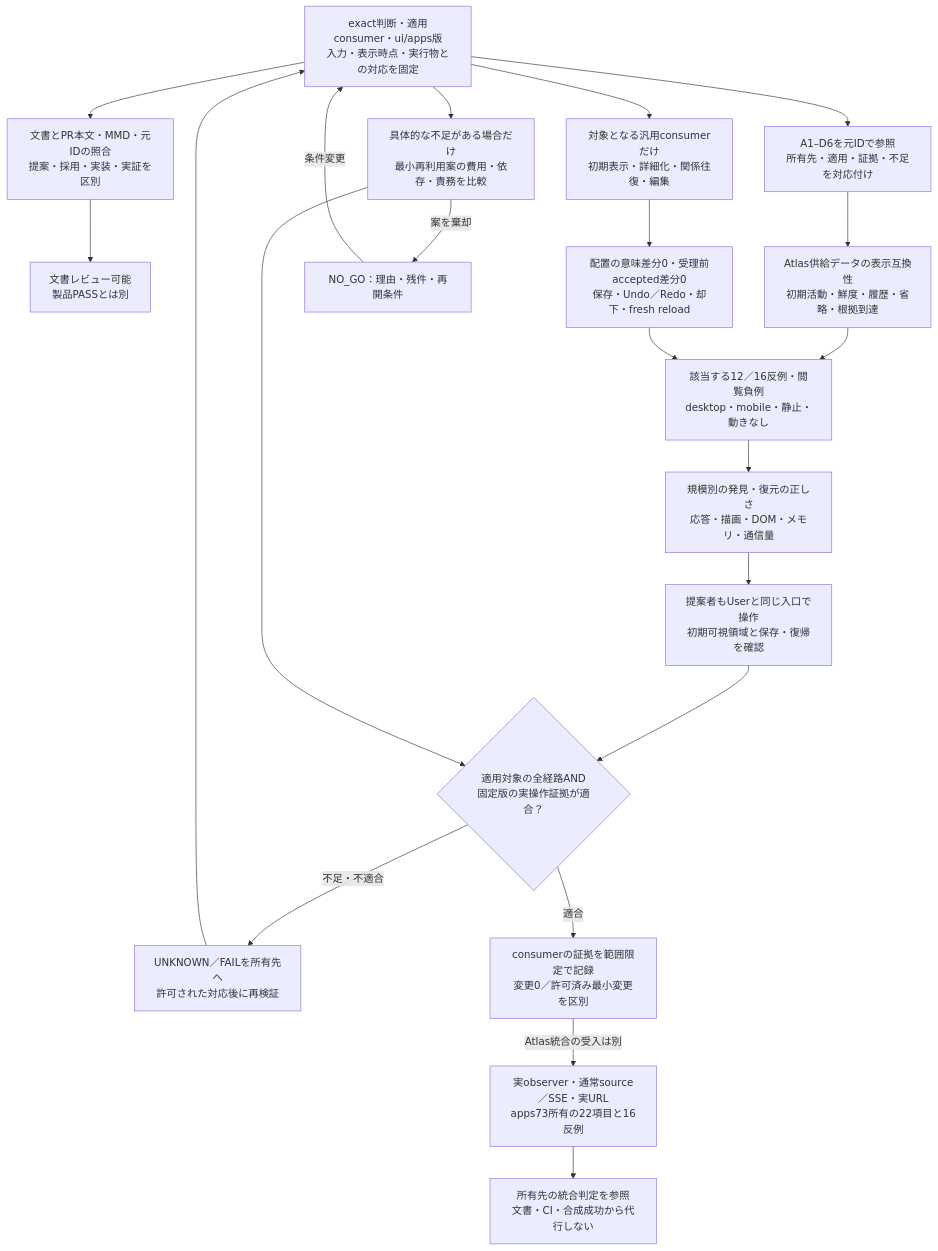
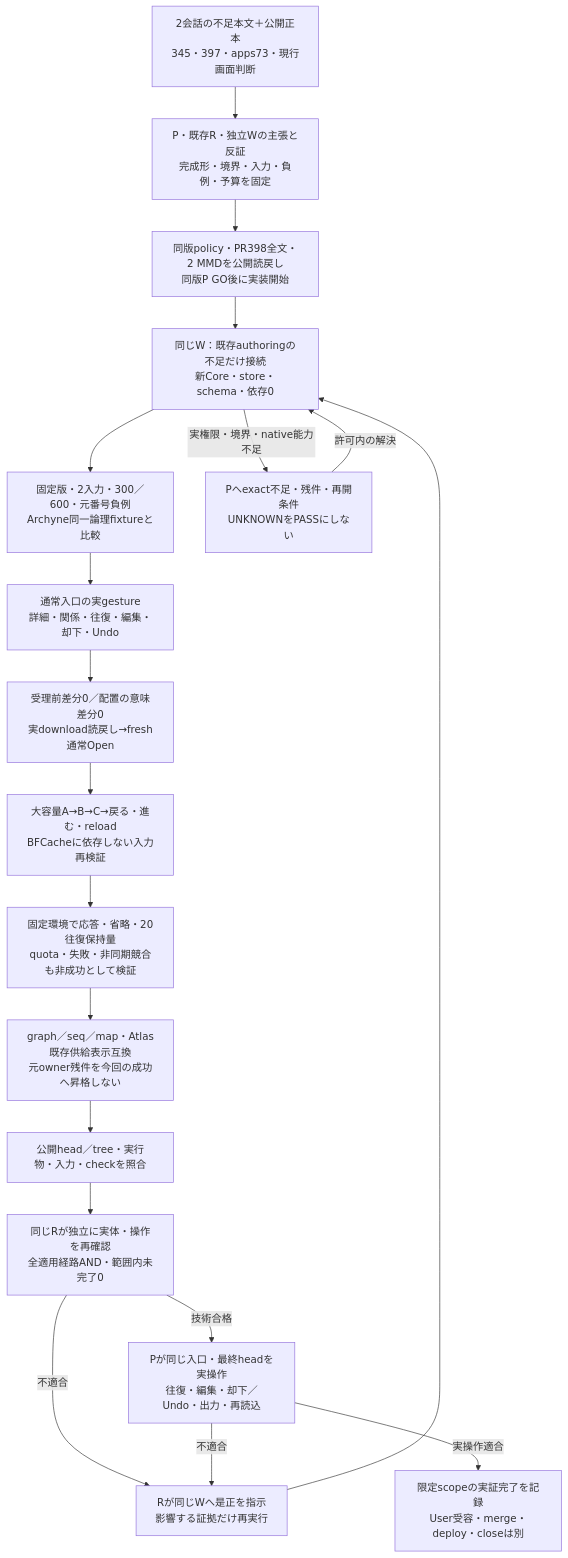
One commit to roccho-dev/ui changed the second of 2 diagrams in docs/proposals/semantic-map-ux-verification-closure-345-397.md. Above: the diagram before and after it, drawn with Mermaid. The commit also changed other lines of this file, not shown here.

Commit message:
docs: publish full P R W UX and proof consensus

````diff
--- a/docs/proposals/semantic-map-ux-verification-closure-345-397.md
+++ b/docs/proposals/semantic-map-ux-verification-closure-345-397.md
@@ -152,24 +157,21 @@
 ```mermaid
 flowchart TD
-    A["exact判断・適用consumer・ui/apps版<br/>入力・表示時点・実行物との対応を固定"]
-    A --> DOC["文書とPR本文・MMD・元IDの照合<br/>提案・採用・実装・実証を区別"]
-    DOC --> READY["文書レビュー可能<br/>製品PASSとは別"]
-    A --> MAP["A1–D6を元IDで参照<br/>所有先・適用・証拠・不足を対応付け"]
-    MAP --> UI["Atlas供給データの表示互換性<br/>初期活動・鮮度・履歴・省略・根拠到達"]
-    A --> GEN["対象となる汎用consumerだけ<br/>初期表示・詳細化・関係往復・編集"]
-    GEN --> SAVE["配置の意味差分0・受理前accepted差分0<br/>保存・Undo／Redo・却下・fresh reload"]
-    UI --> NEG["該当する12／16反例・閲覧負例<br/>desktop・mobile・静止・動きなし"]
-    SAVE --> NEG
-    NEG --> SCALE["規模別の発見・復元の正しさ<br/>応答・描画・DOM・メモリ・通信量"]
-    A --> COST["具体的な不足がある場合だけ<br/>最小再利用案の費用・依存・責務を比較"]
-    SCALE --> PARENT["提案者もUserと同じ入口で操作<br/>初期可視領域と保存・復帰を確認"]
-    PARENT --> GATE{"適用対象の全経路AND<br/>固定版の実操作証拠が適合？"}
-    COST --> GATE
-    GATE -->|不足・不適合| GAP["UNKNOWN／FAILを所有先へ<br/>許可された対応後に再検証"]
-    GAP --> A
-    COST -->|案を棄却| NO["NO_GO：理由・残件・再開条件"]
-    NO -->|条件変更| A
-    GATE -->|適合| EVIDENCE["consumerの証拠を範囲限定で記録<br/>変更0／許可済み最小変更を区別"]
-    EVIDENCE -->|Atlas統合の受入は別| APP["実observer・通常source／SSE・実URL<br/>apps73所有の22項目と16反例"]
-    APP --> RESULT["所有先の統合判定を参照<br/>文書・CI・合成成功から代行しない"]
+    SOURCE["2会話の不足本文＋公開正本<br/>345・397・apps73・現行画面判断"] --> AGREEMENT["P・既存R・独立Wの主張と反証<br/>完成形・境界・入力・負例・予算を固定"]
+    AGREEMENT --> PUBLISH["同版policy・PR398全文・2 MMDを公開読戻し<br/>同版P GO後に実装開始"]
+    PUBLISH --> W["同じW：既存authoringの不足だけ接続<br/>新Core・store・schema・依存0"]
+    W --> FIXTURE["固定版・2入力・300／600・元番号負例<br/>Archyne同一論理fixtureと比較"]
+    FIXTURE --> BROWSER["通常入口の実gesture<br/>詳細・関係・往復・編集・却下・Undo"]
+    BROWSER --> SAVE["受理前差分0／配置の意味差分0<br/>実download読戻し→fresh通常Open"]
+    SAVE --> HISTORY["大容量A→B→C→戻る・進む・reload<br/>BFCacheに依存しない入力再検証"]
+    HISTORY --> SCALE["固定環境で応答・省略・20往復保持量<br/>quota・失敗・非同期競合も非成功として検証"]
+    SCALE --> COMPAT["graph／seq／map・Atlas既存供給表示互換<br/>元owner残件を今回の成功へ昇格しない"]
+    COMPAT --> PUBLIC["公開head／tree・実行物・入力・checkを照合"]
+    PUBLIC --> R["同じRが独立に実体・操作を再確認<br/>全適用経路AND・範囲内未完了0"]
+    R -->|不適合| FIX["Rが同じWへ是正を指示<br/>影響する証拠だけ再実行"]
+    FIX --> W
+    R -->|技術合格| P["Pが同じ入口・最終headを実操作<br/>往復・編集・却下／Undo・出力・再読込"]
+    P -->|不適合| FIX
+    P -->|実操作適合| DONE["限定scopeの実証完了を記録<br/>User受容・merge・deploy・closeは別"]
+    W -->|実権限・境界・native能力不足| GAP["Pへexact不足・残件・再開条件<br/>UNKNOWNをPASSにしない"]
+    GAP -->|許可内の解決| W
 ```
````
